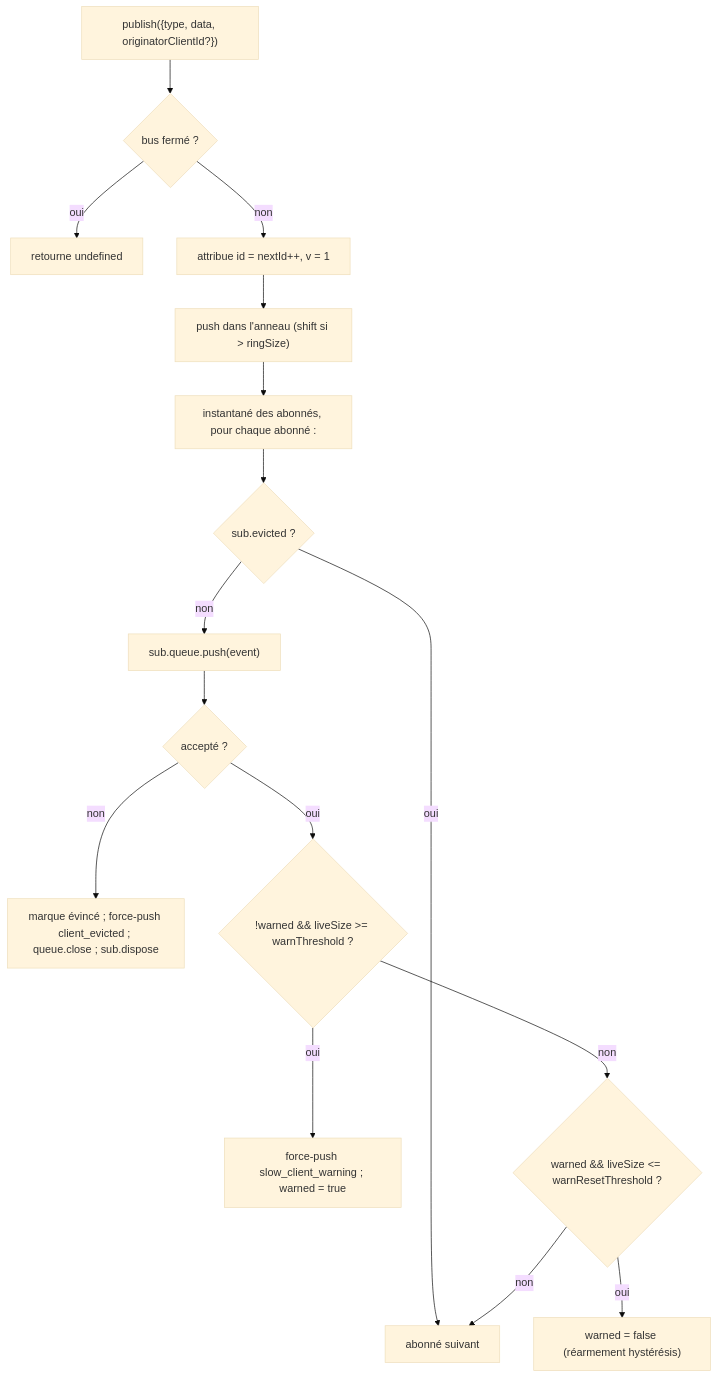
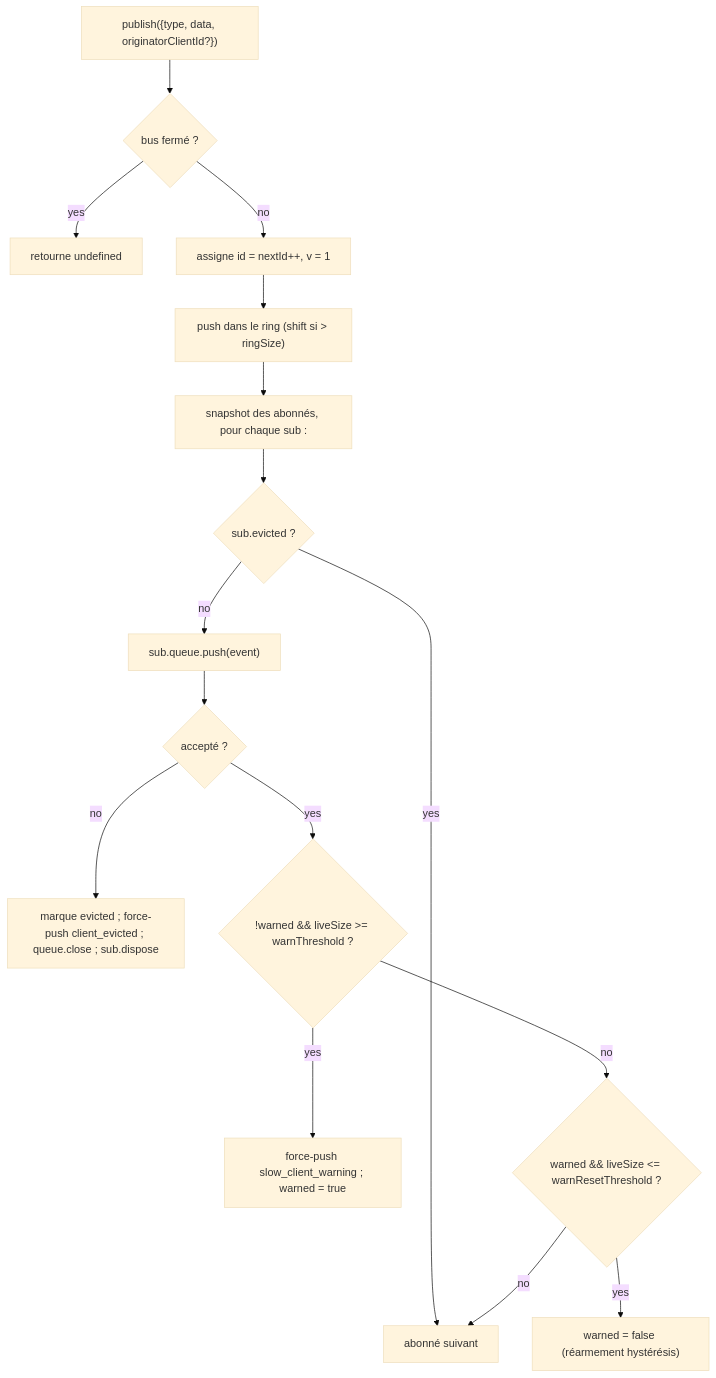
One commit to QwenLM/qwen-code-docs changed the first of 2 diagrams in website/content/fr/developers/daemon/10-event-bus.md. Above: the diagram before and after it, drawn with Mermaid (base theme). The commit also changed other lines of this file and 162 other files, not shown here.

````diff
--- a/website/content/fr/developers/daemon/10-event-bus.md
+++ b/website/content/fr/developers/daemon/10-event-bus.md
@@ -69,18 +70,18 @@
 ```mermaid
 flowchart TD
     P["publish({type, data, originatorClientId?})"] --> C{"bus fermé ?"}
-    C -->|oui| RU["retourne undefined"]
-    C -->|non| AID["attribue id = nextId++, v = 1"]
-    AID --> PR["push dans l'anneau (shift si > ringSize)"]
-    PR --> FAN["instantané des abonnés, pour chaque abonné :"]
+    C -->|yes| RU["retourne undefined"]
+    C -->|no| AID["assigne id = nextId++, v = 1"]
+    AID --> PR["push dans le ring (shift si > ringSize)"]
+    PR --> FAN["snapshot des abonnés, pour chaque sub :"]
     FAN --> EVCK{"sub.evicted ?"}
-    EVCK -->|oui| NEXT[abonné suivant]
-    EVCK -->|non| PUSH["sub.queue.push(event)"]
+    EVCK -->|yes| NEXT[abonné suivant]
+    EVCK -->|no| PUSH["sub.queue.push(event)"]
     PUSH --> OK{"accepté ?"}
-    OK -->|non| EVICT["marque évincé ; force-push client_evicted ; queue.close ; sub.dispose"]
-    OK -->|oui| WARN{"!warned && liveSize >= warnThreshold ?"}
-    WARN -->|oui| FW["force-push slow_client_warning ; warned = true"]
-    WARN -->|non| RES{"warned && liveSize <= warnResetThreshold ?"}
-    RES -->|oui| RA["warned = false (réarmement hystérésis)"]
-    RES -->|non| NEXT
+    OK -->|no| EVICT["marque evicted ; force-push client_evicted ; queue.close ; sub.dispose"]
+    OK -->|yes| WARN{"!warned && liveSize >= warnThreshold ?"}
+    WARN -->|yes| FW["force-push slow_client_warning ; warned = true"]
+    WARN -->|no| RES{"warned && liveSize <= warnResetThreshold ?"}
+    RES -->|yes| RA["warned = false (réarmement hystérésis)"]
+    RES -->|no| NEXT
 ```
````
